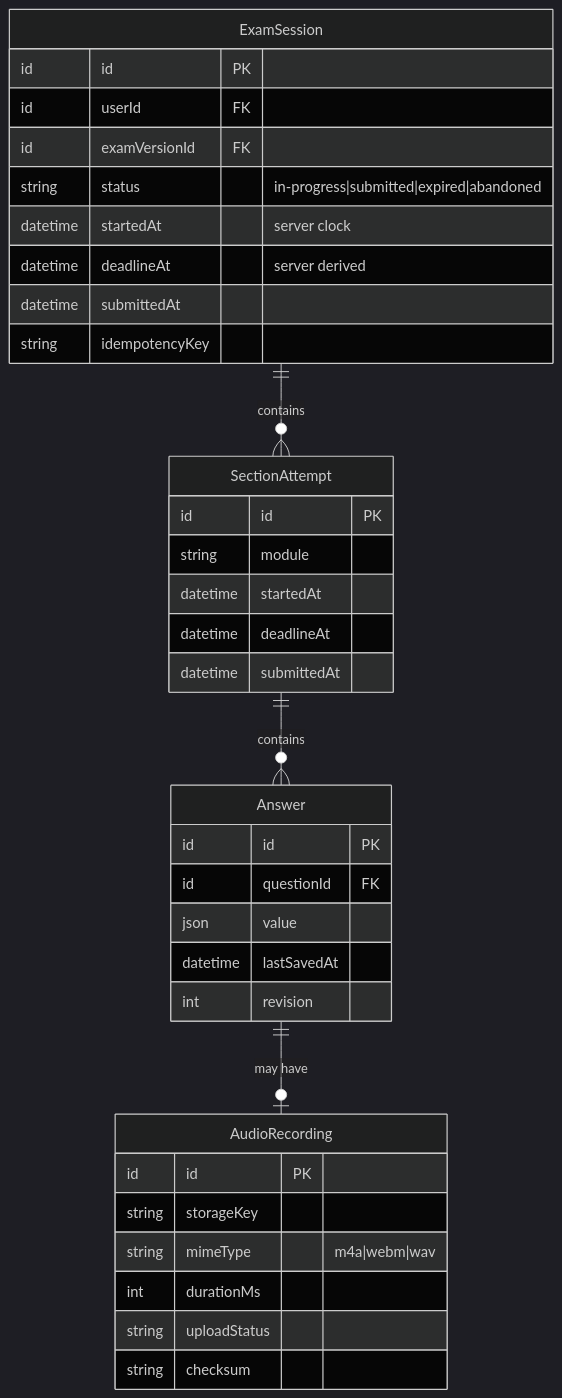
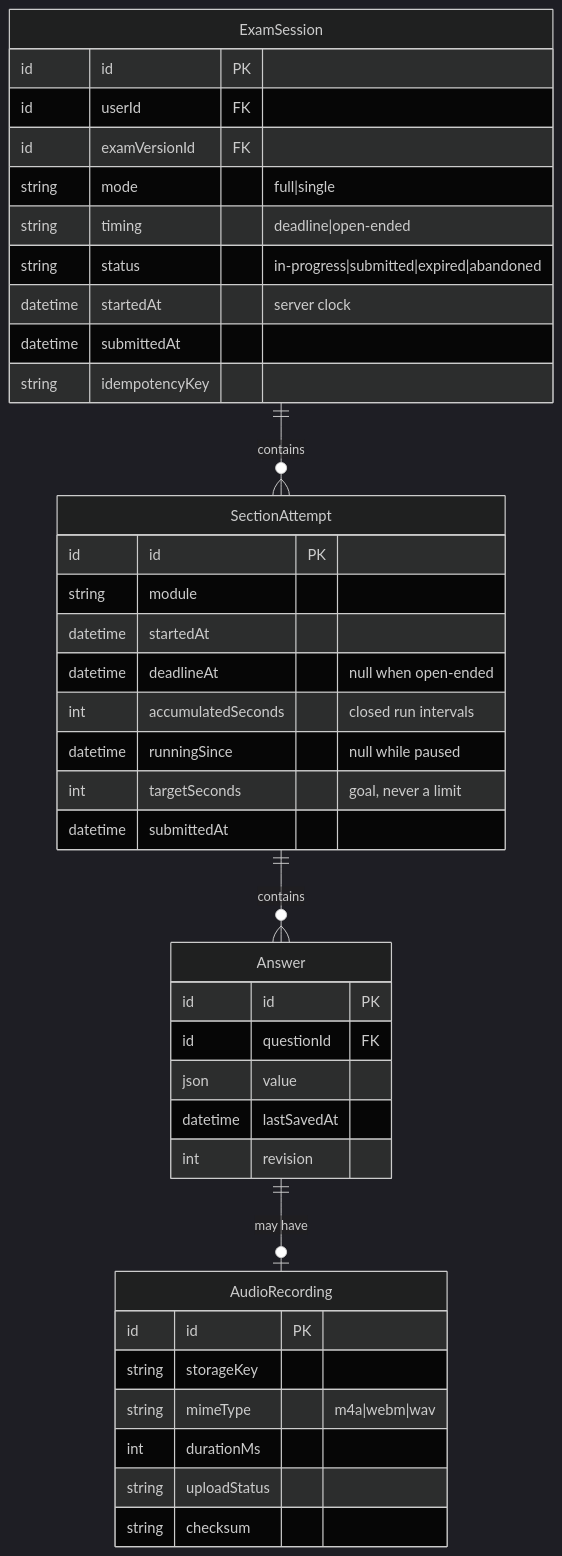
One commit to thang-dev-aptech/vni-ielts-ai changed the fourth of 8 diagrams in docs/domain/domain-model.md. Above: the diagram before and after it, drawn with Mermaid (dark theme). The commit also changed other lines of this file and 286 other files, not shown here.

````diff
--- a/docs/domain/domain-model.md
+++ b/docs/domain/domain-model.md
@@ -184,39 +360,43 @@
 ```mermaid
 erDiagram
     ExamSession ||--o{ SectionAttempt : "contains"
     SectionAttempt ||--o{ Answer : "contains"
     Answer ||--o| AudioRecording : "may have"
 
     ExamSession {
         id id PK
         id userId FK
         id examVersionId FK
+        string mode "full|single"
+        string timing "deadline|open-ended"
         string status "in-progress|submitted|expired|abandoned"
         datetime startedAt "server clock"
-        datetime deadlineAt "server derived"
         datetime submittedAt
         string idempotencyKey
     }
     SectionAttempt {
         id id PK
         string module
         datetime startedAt
-        datetime deadlineAt
+        datetime deadlineAt "null when open-ended"
+        int accumulatedSeconds "closed run intervals"
+        datetime runningSince "null while paused"
+        int targetSeconds "goal, never a limit"
         datetime submittedAt
     }
     Answer {
         id id PK
         id questionId FK
         json value
         datetime lastSavedAt
         int revision
     }
     AudioRecording {
         id id PK
         string storageKey
         string mimeType "m4a|webm|wav"
         int durationMs
         string uploadStatus
         string checksum
     }
 ```
````
